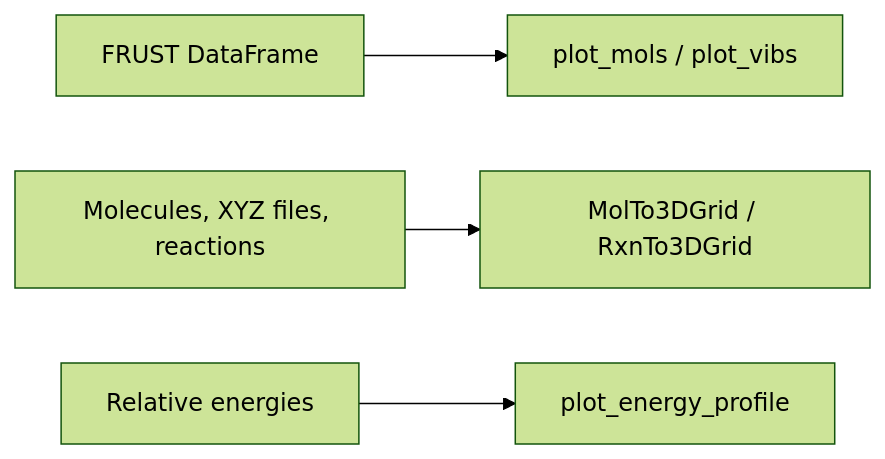
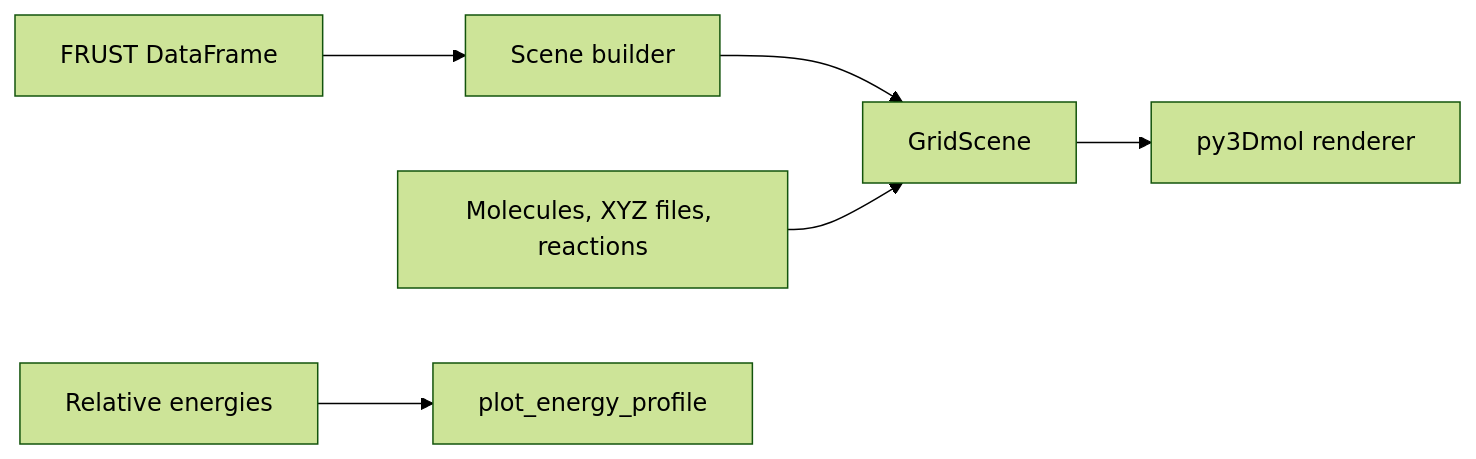
The diagram in docs/visualization/overview.md (MolinDiscovery/FRUST), drawn with Mermaid (forest theme) before and after one commit. The commit also changed other lines of this file and 7 other files, not shown here.

````diff
--- a/docs/visualization/overview.md
+++ b/docs/visualization/overview.md
@@ -37,6 +38,8 @@
 ```mermaid
 flowchart LR
-    A["FRUST DataFrame"] --> B["plot_mols / plot_vibs"]
-    C["Molecules, XYZ files, reactions"] --> D["MolTo3DGrid / RxnTo3DGrid"]
-    E["Relative energies"] --> F["plot_energy_profile"]
+    A["FRUST DataFrame"] --> B["Scene builder"]
+    B --> C["GridScene"]
+    D["Molecules, XYZ files, reactions"] --> C
+    C --> E["py3Dmol renderer"]
+    F["Relative energies"] --> G["plot_energy_profile"]
 ```
````
